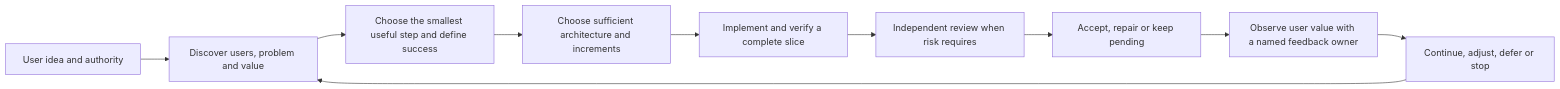
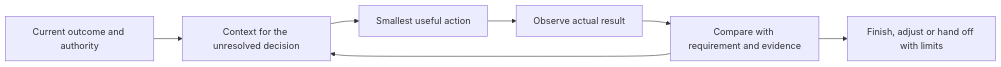
One commit to Quang-Dong/project-orchestrator changed the diagram in README.md. Above: the diagram before and after it, drawn with Mermaid. The commit also changed other lines of this file and 27 other files, not shown here.

````diff
--- a/README.md
+++ b/README.md
@@ -32,12 +13,9 @@
 ```mermaid
 flowchart LR
-  U["User idea and authority"] --> D["Discover users, problem and value"]
-  D --> S["Choose the smallest useful step and define success"]
-  S --> A["Choose sufficient architecture and increments"]
-  A --> I["Implement and verify a complete slice"]
-  I --> R["Independent review when risk requires"]
-  R --> O["Accept, repair or keep pending"]
-  O --> M["Observe user value with a named feedback owner"]
-  M --> N["Continue, adjust, defer or stop"]
-  N --> D
+  O["Current outcome and authority"] --> C["Context for the unresolved decision"]
+  C --> A["Smallest useful action"]
+  A --> V["Observe actual result"]
+  V --> D["Compare with requirement and evidence"]
+  D --> C
+  D --> H["Finish, adjust or hand off with limits"]
 ```
````
